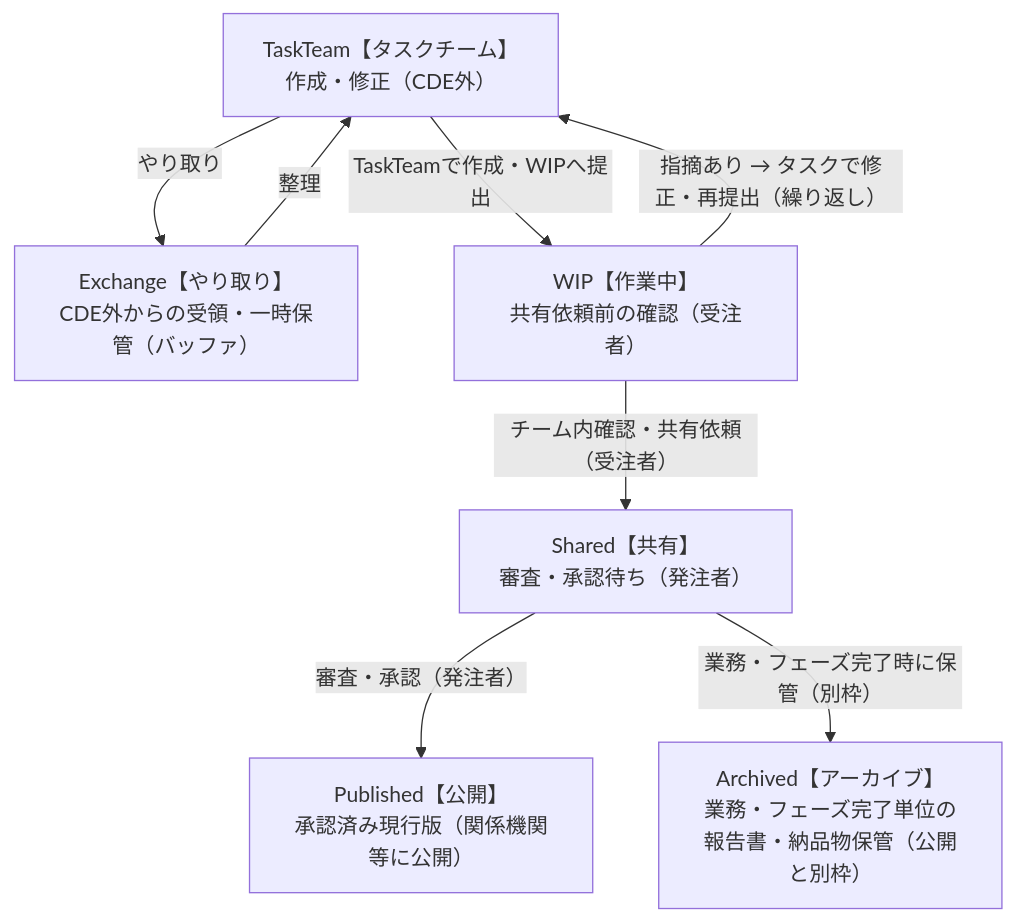
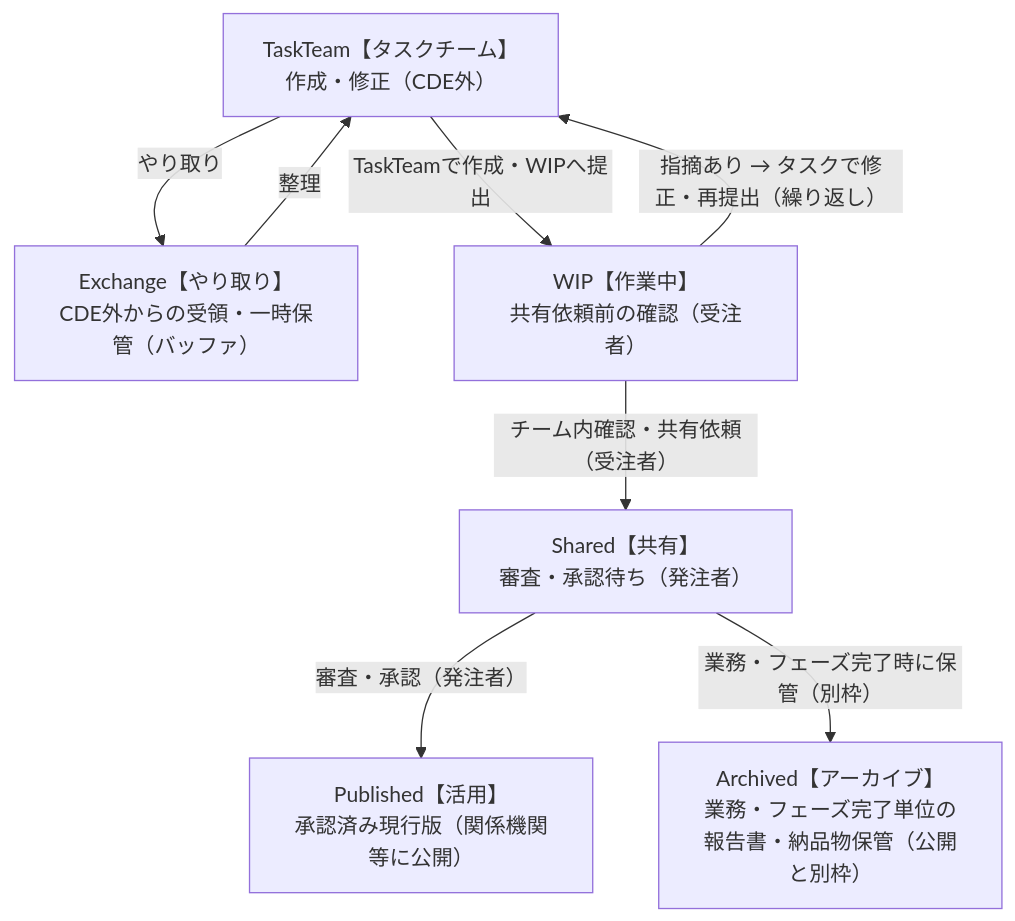
Before and after one commit to yamamoto-ryuzo/portal: the third of 5 diagrams in articles/project-cde-guide.md, drawn with Mermaid. The commit also changed other lines of this file and 4 other files, not shown here.

````diff
--- a/articles/project-cde-guide.md
+++ b/articles/project-cde-guide.md
@@ -407,17 +407,17 @@
 ```mermaid
 flowchart TD
     TT["TaskTeam【タスクチーム】<br/>作成・修正（CDE外）"]
     EX["Exchange【やり取り】<br/>CDE外からの受領・一時保管（バッファ）"]
     WIP["WIP【作業中】<br/>共有依頼前の確認（受注者）"]
     SH["Shared【共有】<br/>審査・承認待ち（発注者）"]
-    PB["Published【公開】<br/>承認済み現行版（関係機関等に公開）"]
+    PB["Published【活用】<br/>承認済み現行版（関係機関等に公開）"]
     AR["Archived【アーカイブ】<br/>業務・フェーズ完了単位の<br/>報告書・納品物保管（公開と別枠）"]
 
     TT -->|"やり取り"| EX
     TT -->|"TaskTeamで作成・WIPへ提出"| WIP
     EX -->|"整理"| TT
     WIP -->|"指摘あり → タスクで修正・再提出（繰り返し）"| TT
     WIP -->|"チーム内確認・共有依頼（受注者）"| SH
     SH -->|"審査・承認（発注者）"| PB
     SH -->|"業務・フェーズ完了時に保管（別枠）"| AR
 ```
````
